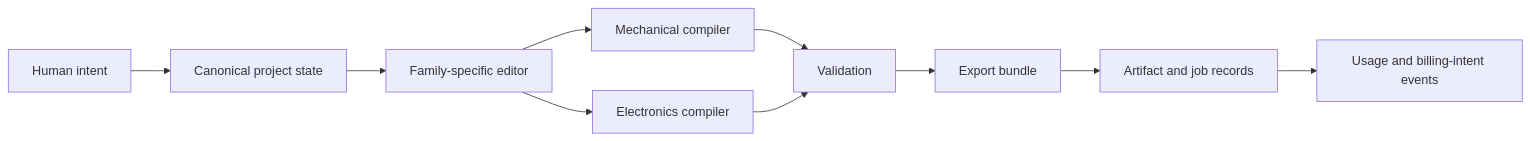
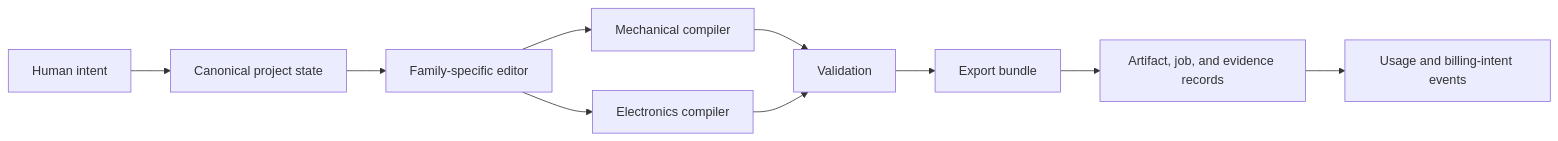
One commit to Parthawe/BreakGen changed the diagram in README.md. Above: the diagram before and after it, drawn with Mermaid. The commit also changed other lines of this file and 22 other files, not shown here.

````diff
--- a/README.md
+++ b/README.md
@@ -127,12 +134,12 @@
 ```mermaid
 flowchart LR
     A["Human intent"] --> B["Canonical project state"]
     B --> C["Family-specific editor"]
     C --> D["Mechanical compiler"]
     C --> E["Electronics compiler"]
     D --> F["Validation"]
     E --> F
     F --> G["Export bundle"]
-    G --> H["Artifact and job records"]
+    G --> H["Artifact, job, and evidence records"]
     H --> I["Usage and billing-intent events"]
 ```
````
